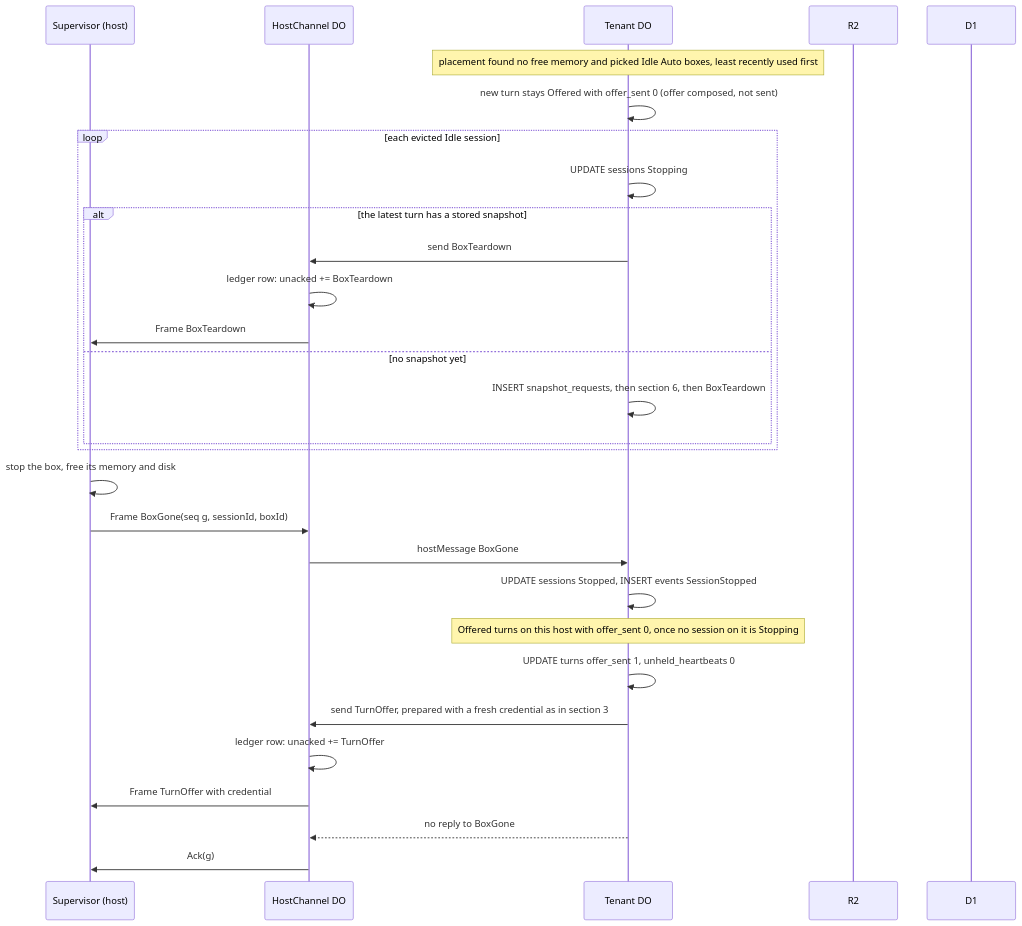
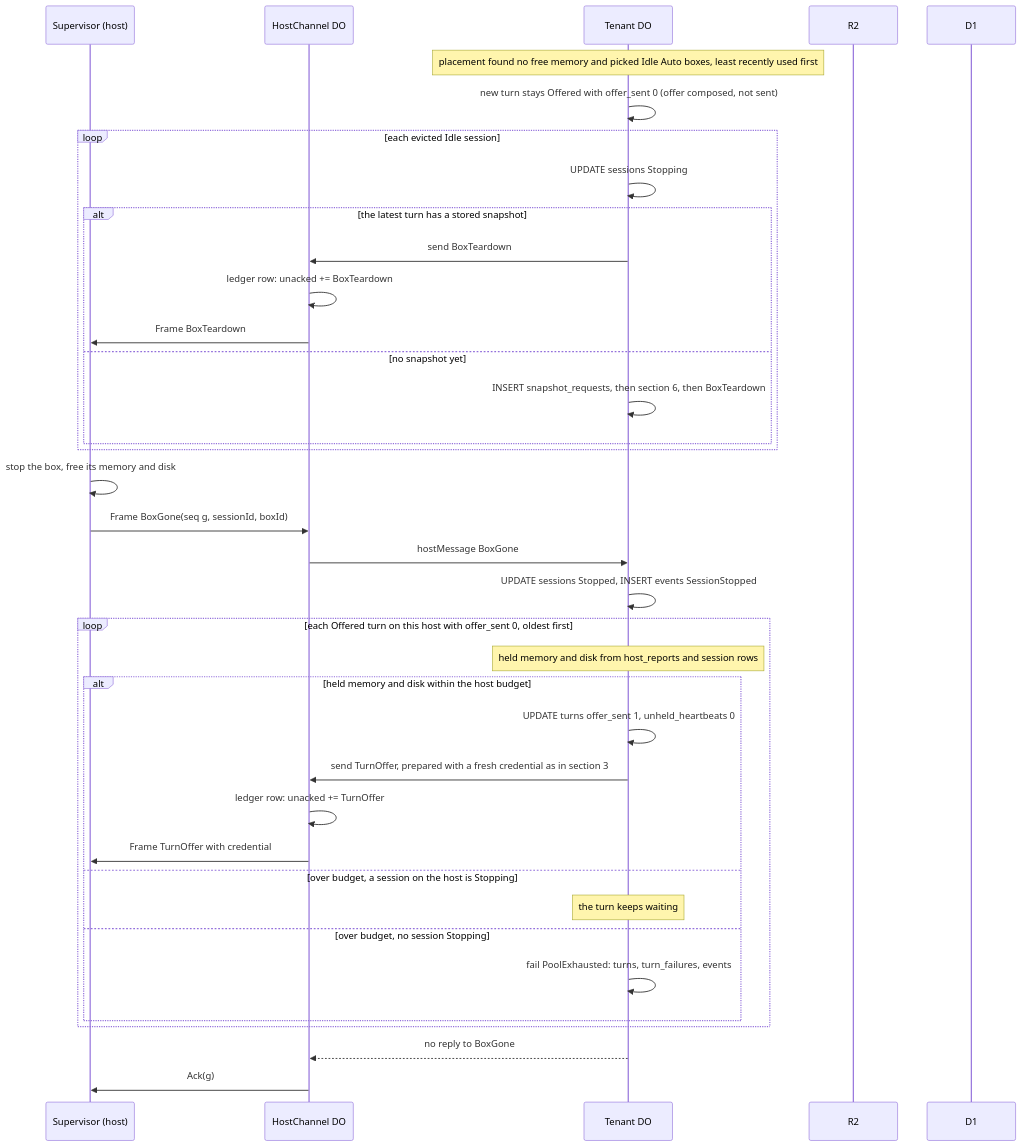
Before and after one commit to tumpel/protocol: the seventh of 11 diagrams in doc/RFC/RFC-TUM-HostSequences.md, drawn with Mermaid. The commit also changed other lines of this file, not shown here.

Commit message:
docs(rfc): correct the eviction, snapshot and hello sequences

````diff
--- a/doc/RFC/RFC-TUM-HostSequences.md
+++ b/doc/RFC/RFC-TUM-HostSequences.md
@@ -297,31 +312,39 @@
 ```mermaid
 sequenceDiagram
   participant S as Supervisor (host)
   participant H as HostChannel DO
   participant T as Tenant DO
   participant R as R2
   participant D as D1
   Note over T: placement found no free memory and picked Idle Auto boxes, least recently used first
   T->>T: new turn stays Offered with offer_sent 0 (offer composed, not sent)
   loop each evicted Idle session
     T->>T: UPDATE sessions Stopping
     alt the latest turn has a stored snapshot
       T->>H: send BoxTeardown
       H->>H: ledger row: unacked += BoxTeardown
       H->>S: Frame BoxTeardown
     else no snapshot yet
       T->>T: INSERT snapshot_requests, then section 6, then BoxTeardown
     end
   end
   S->>S: stop the box, free its memory and disk
   S->>H: Frame BoxGone(seq g, sessionId, boxId)
   H->>T: hostMessage BoxGone
   T->>T: UPDATE sessions Stopped, INSERT events SessionStopped
-  Note over T: Offered turns on this host with offer_sent 0, once no session on it is Stopping
-  T->>T: UPDATE turns offer_sent 1, unheld_heartbeats 0
-  T->>H: send TurnOffer, prepared with a fresh credential as in section 3
-  H->>H: ledger row: unacked += TurnOffer
-  H->>S: Frame TurnOffer with credential
+  loop each Offered turn on this host with offer_sent 0, oldest first
+    Note over T: held memory and disk from host_reports and session rows
+    alt held memory and disk within the host budget
+      T->>T: UPDATE turns offer_sent 1, unheld_heartbeats 0
+      T->>H: send TurnOffer, prepared with a fresh credential as in section 3
+      H->>H: ledger row: unacked += TurnOffer
+      H->>S: Frame TurnOffer with credential
+    else over budget, a session on the host is Stopping
+      Note over T: the turn keeps waiting
+    else over budget, no session Stopping
+      T->>T: fail PoolExhausted: turns, turn_failures, events
+    end
+  end
   T-->>H: no reply to BoxGone
   H->>S: Ack(g)
 ```
````
